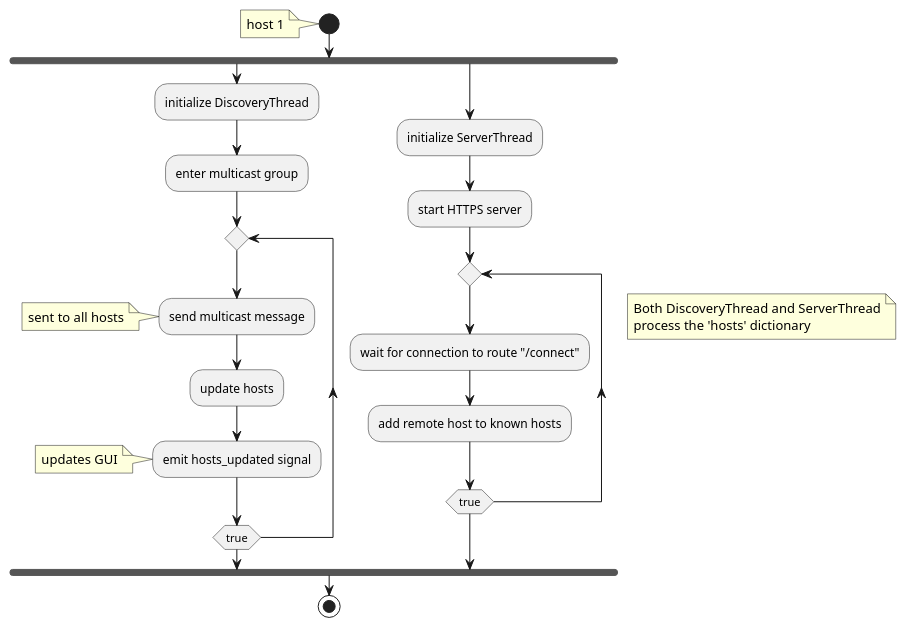
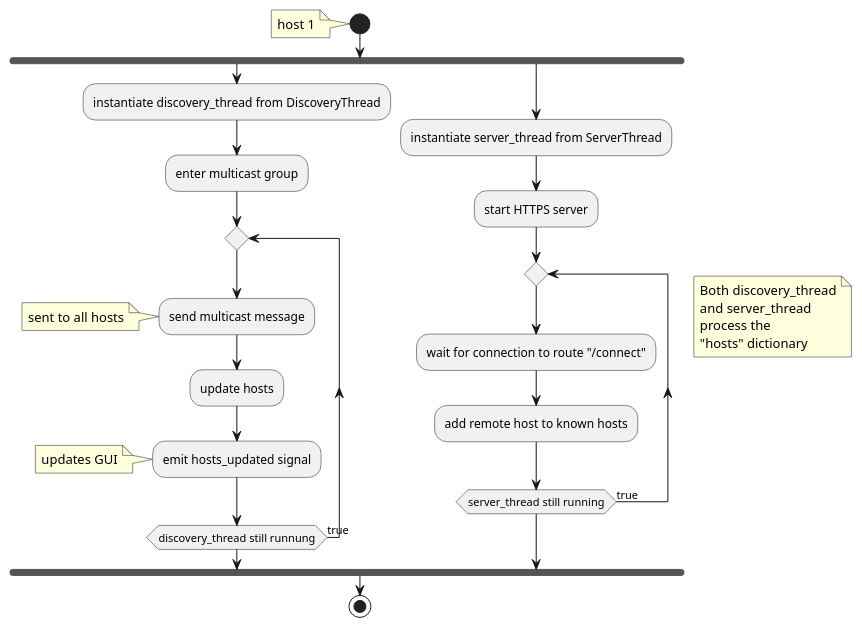
Before and after one commit to henriwahl-iu/FileSwoosh: the diagram in docs/discovery_1.plantuml, drawn with PlantUML. The commit also changed 3 other files, not shown here.

```diff
--- a/docs/discovery_1.plantuml
+++ b/docs/discovery_1.plantuml
@@ -1,34 +1,36 @@
 @startuml
 start
     note left
         host 1
     end note
 fork
-:initialize DiscoveryThread;
+:instantiate discovery_thread from DiscoveryThread;
 :enter multicast group;
 repeat
     :send multicast message;
     note left
         sent to all hosts
     end note
     :update hosts;
     :emit hosts_updated signal;
     note left
         updates GUI
     end note
-repeat while (true)
+repeat while (discovery_thread still runnung) is (true)
 fork again
-    :initialize ServerThread;
+    :instantiate server_thread from ServerThread;
     :start HTTPS server;
     repeat
         :wait for connection to route "/connect";
         :add remote host to known hosts;
-    repeat while (true)
+repeat while (server_thread still running) is (true)
 
 end fork
     note right
-  Both DiscoveryThread and ServerThread
-  process the 'hosts' dictionary
+  Both discovery_thread
+  and server_thread
+  process the
+  "hosts" dictionary
 end note
 stop
 @enduml
```
